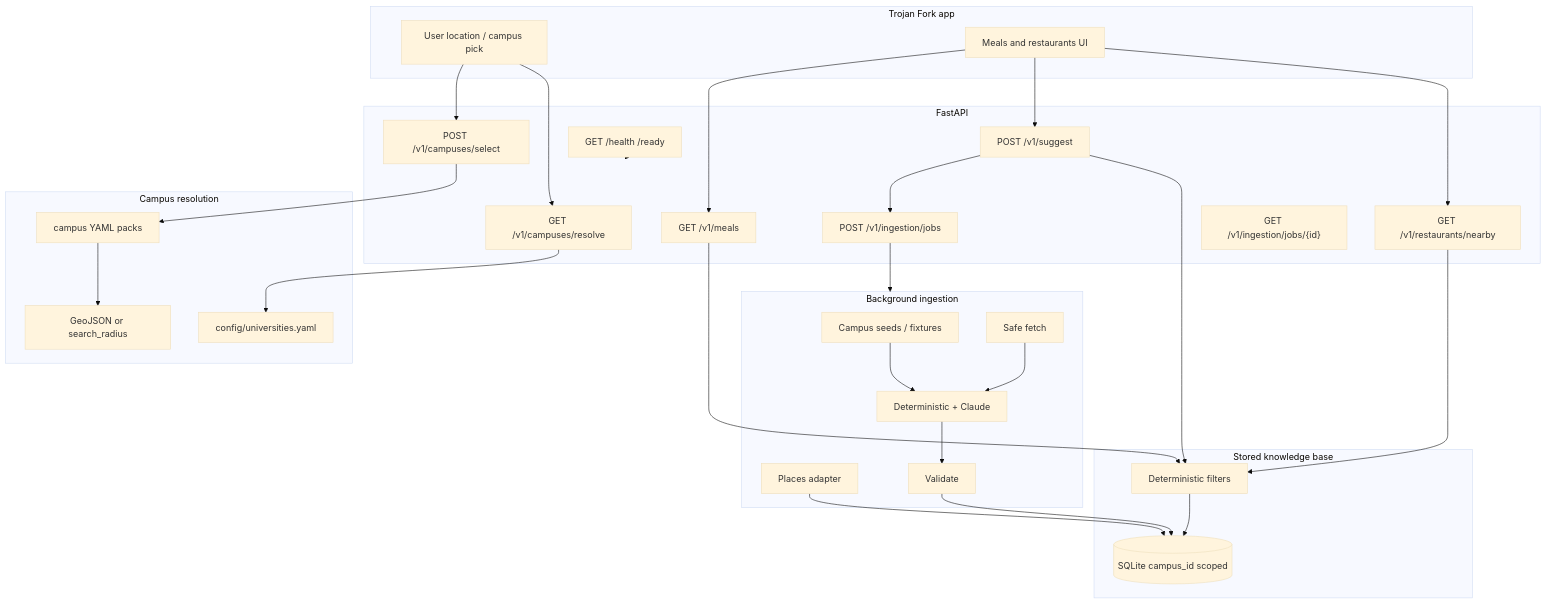
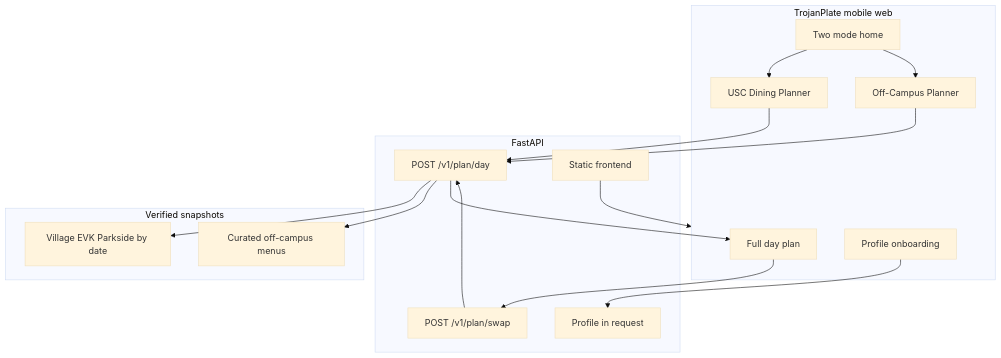
Before and after one commit to pavan-r411/TrojanFork-Backend: the diagram in ARCHITECTURE.md, drawn with Mermaid (base theme). The commit also changed other lines of this file and 27 other files, not shown here.

First line of the commit message:
Pivot to TrojanPlate daily diet planner for USC.

````diff
--- a/ARCHITECTURE.md
+++ b/ARCHITECTURE.md
@@ -20,56 +26,34 @@
 ```mermaid
 flowchart TB
-  subgraph Client["Trojan Fork app"]
-    LOC[User location / campus pick]
-    UI[Meals and restaurants UI]
+  subgraph UI [TrojanPlate mobile web]
+    Onboard[Profile onboarding]
+    Home[Two mode home]
+    USCMode[USC Dining Planner]
+    OffMode[Off-Campus Planner]
+    DayView[Full day plan]
   end
 
-  subgraph API["FastAPI"]
-    RES["GET /v1/campuses/resolve"]
-    SEL["POST /v1/campuses/select"]
-    NEAR["GET /v1/restaurants/nearby"]
-    SUG["POST /v1/suggest"]
-    MEALS["GET /v1/meals"]
-    JOB["POST /v1/ingestion/jobs"]
-    JOBS["GET /v1/ingestion/jobs/{id}"]
-    H["GET /health /ready"]
+  subgraph API [FastAPI]
+    Profile[Profile in request]
+    Plan["POST /v1/plan/day"]
+    Swap["POST /v1/plan/swap"]
+    Static[Static frontend]
   end
 
-  subgraph Resolve["Campus resolution"]
-    REG[config/universities.yaml]
-    CFG[campus YAML packs]
-    BND[GeoJSON or search_radius]
+  subgraph Data [Verified snapshots]
+    Halls[Village EVK Parkside by date]
+    Nearby[Curated off-campus menus]
   end
 
-  subgraph Core["Stored knowledge base"]
-    DB[(SQLite campus_id scoped)]
-    Q[Deterministic filters]
-  end
-
-  subgraph Jobs["Background ingestion"]
-    SEED[Campus seeds / fixtures]
-    PLACES[Places adapter]
-    FETCH[Safe fetch]
-    EXT[Deterministic + Claude]
-    VAL[Validate]
-  end
-
-  LOC --> RES
-  LOC --> SEL
-  RES --> REG
-  SEL --> CFG
-  CFG --> BND
-  UI --> NEAR
-  UI --> SUG
-  UI --> MEALS
-  SUG --> Q
-  NEAR --> Q
-  MEALS --> Q
-  Q --> DB
-  SUG --> JOB
-  JOB --> Jobs
-  SEED --> EXT
-  PLACES --> DB
-  FETCH --> EXT --> VAL --> DB
-  H --> API
+  Onboard --> Profile
+  Home --> USCMode
+  Home --> OffMode
+  USCMode --> Plan
+  OffMode --> Plan
+  Plan --> Halls
+  Plan --> Nearby
+  Plan --> DayView
+  DayView --> Swap
+  Swap --> Plan
+  Static --> UI
 ```
````
